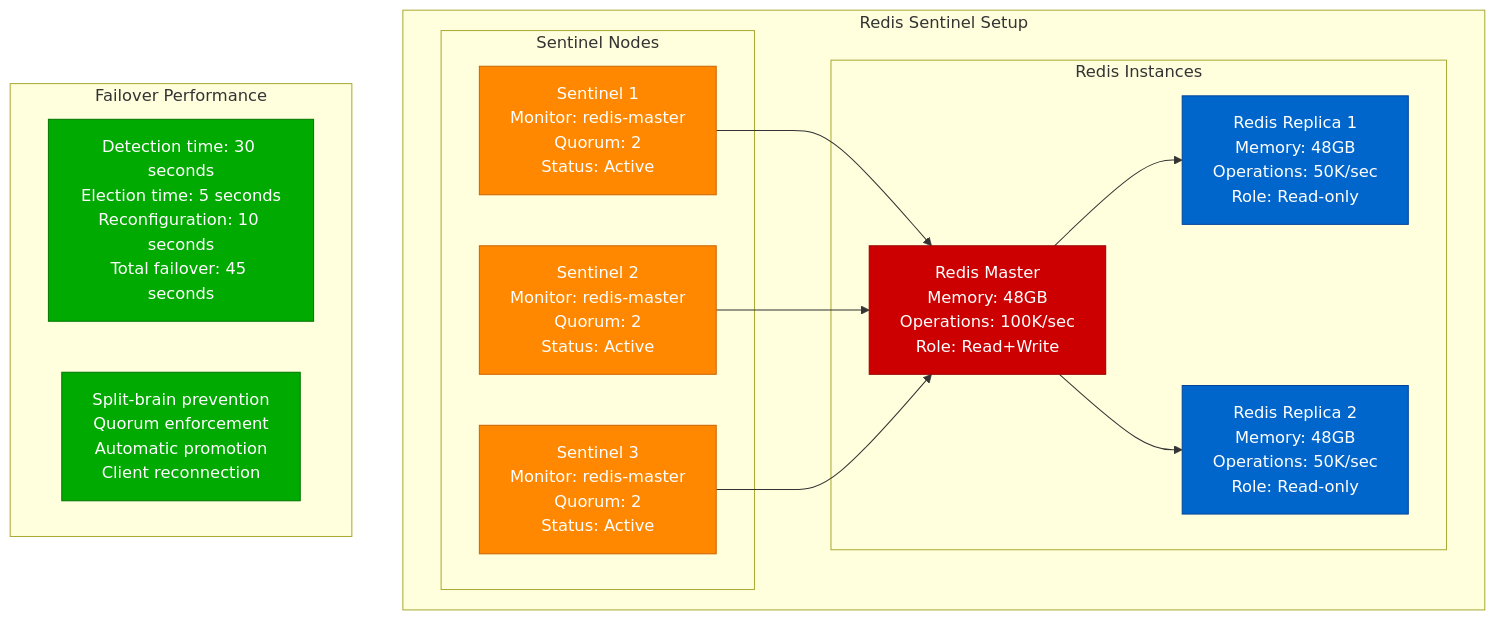
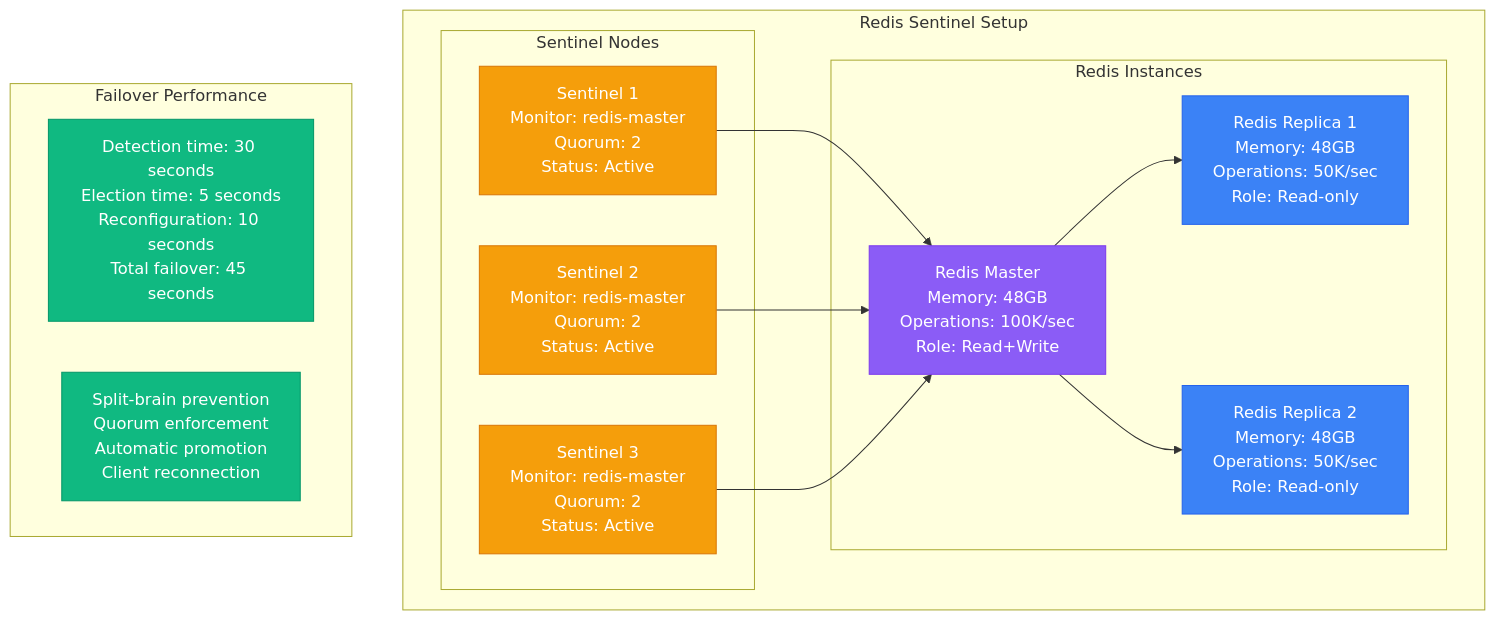
Before and after one commit to deepaucksharma/DS: the second of 15 diagrams in site/docs/performance/redis-performance-profile.md, drawn with Mermaid. The commit also changed other lines of this file and 303 other files, not shown here.

````diff
--- a/site/docs/performance/redis-performance-profile.md
+++ b/site/docs/performance/redis-performance-profile.md
@@ -52,41 +52,41 @@
 ```mermaid
 graph TB
     subgraph "Redis Sentinel Setup"
         subgraph "Sentinel Nodes"
             S1[Sentinel 1<br/>Monitor: redis-master<br/>Quorum: 2<br/>Status: Active]
             S2[Sentinel 2<br/>Monitor: redis-master<br/>Quorum: 2<br/>Status: Active]
             S3[Sentinel 3<br/>Monitor: redis-master<br/>Quorum: 2<br/>Status: Active]
         end
 
         subgraph "Redis Instances"
             MASTER[Redis Master<br/>Memory: 48GB<br/>Operations: 100K/sec<br/>Role: Read+Write]
 
             SLAVE1[Redis Replica 1<br/>Memory: 48GB<br/>Operations: 50K/sec<br/>Role: Read-only]
 
             SLAVE2[Redis Replica 2<br/>Memory: 48GB<br/>Operations: 50K/sec<br/>Role: Read-only]
         end
 
         S1 --> MASTER
         S2 --> MASTER
         S3 --> MASTER
 
         MASTER --> SLAVE1
         MASTER --> SLAVE2
     end
 
     subgraph "Failover Performance"
         F1[Detection time: 30 seconds<br/>Election time: 5 seconds<br/>Reconfiguration: 10 seconds<br/>Total failover: 45 seconds]
 
         F2[Split-brain prevention<br/>Quorum enforcement<br/>Automatic promotion<br/>Client reconnection]
     end
 
-    classDef sentinelStyle fill:#FF8800,stroke:#CC6600,color:#fff
-    classDef masterStyle fill:#CC0000,stroke:#990000,color:#fff
-    classDef replicaStyle fill:#0066CC,stroke:#004499,color:#fff
-    classDef failoverStyle fill:#00AA00,stroke:#007700,color:#fff
+    classDef sentinelStyle fill:#F59E0B,stroke:#D97706,color:#fff
+    classDef masterStyle fill:#8B5CF6,stroke:#7C3AED,color:#fff
+    classDef replicaStyle fill:#3B82F6,stroke:#2563EB,color:#fff
+    classDef failoverStyle fill:#10B981,stroke:#059669,color:#fff
 
     class S1,S2,S3 sentinelStyle
     class MASTER masterStyle
     class SLAVE1,SLAVE2 replicaStyle
     class F1,F2 failoverStyle
 ```
````
